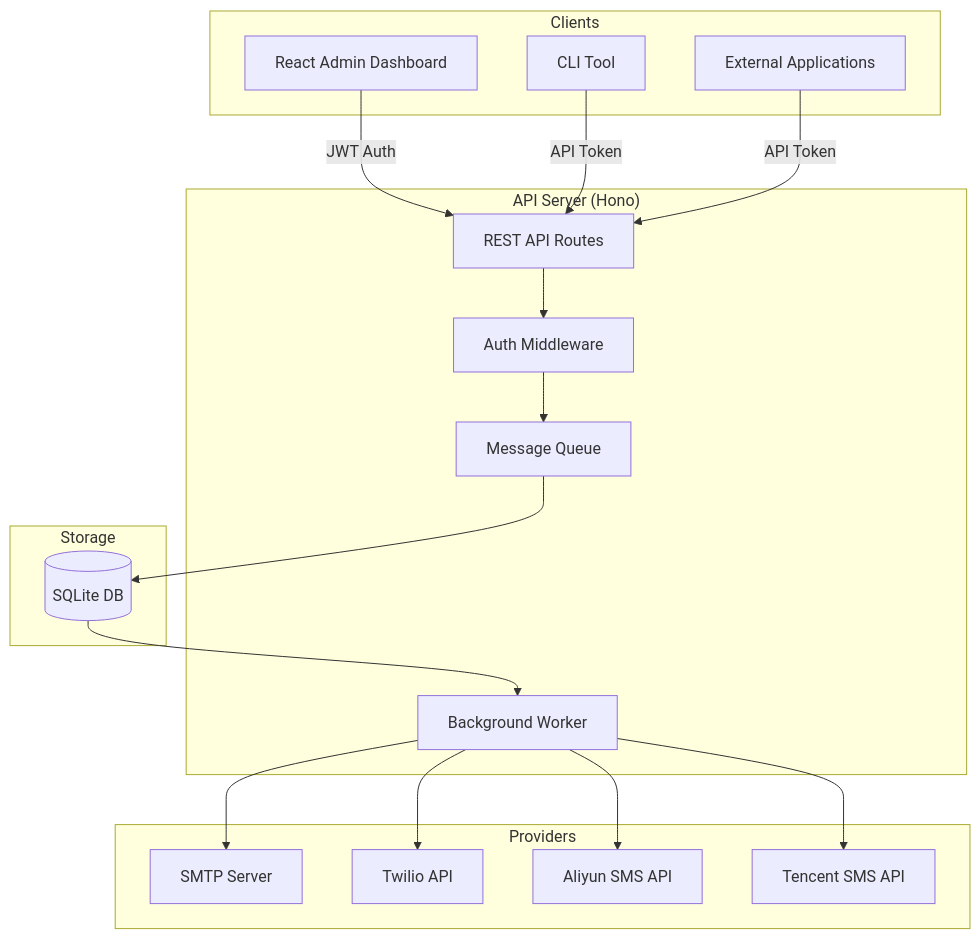
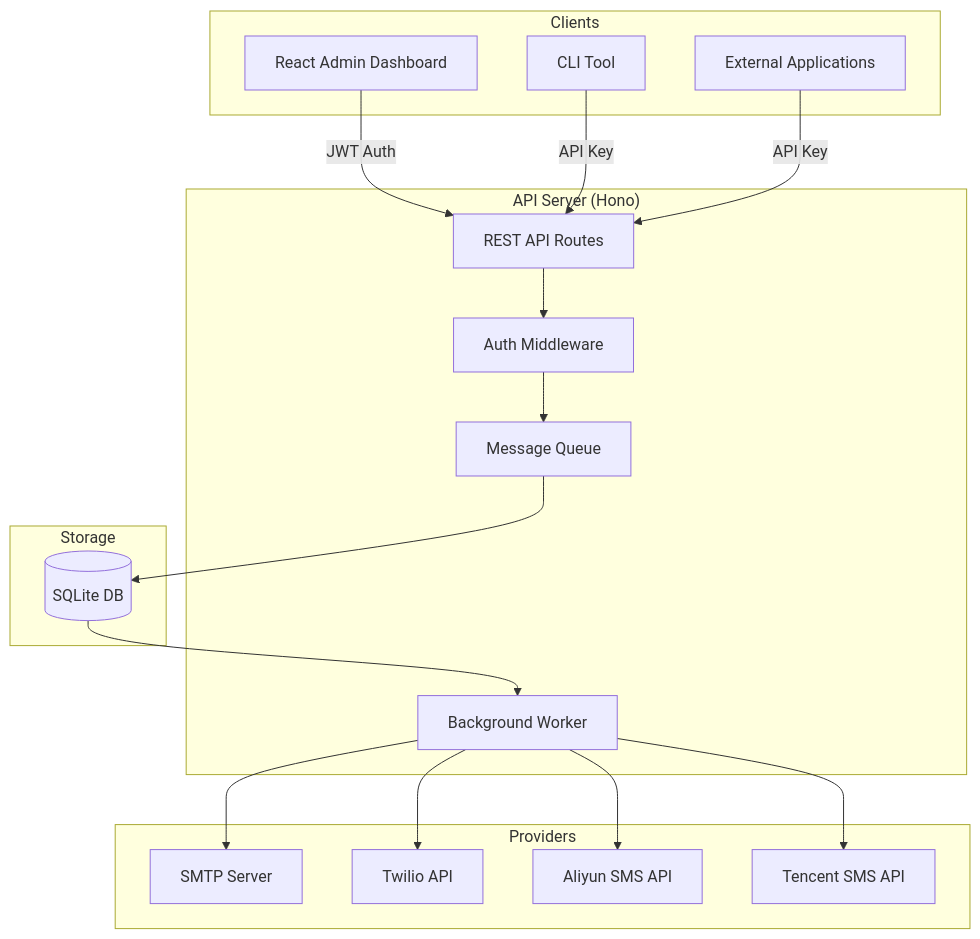
One commit to XUranus/notify-hub changed the first of 4 diagrams in docs/i18n/zh-Hans/docusaurus-plugin-content-docs/current/architecture.md. Above: the diagram before and after it, drawn with Mermaid. The commit also changed other lines of this file and 51 other files, not shown here.

````diff
--- a/docs/i18n/zh-Hans/docusaurus-plugin-content-docs/current/architecture.md
+++ b/docs/i18n/zh-Hans/docusaurus-plugin-content-docs/current/architecture.md
@@ -14,38 +14,38 @@
 ```mermaid
 flowchart TB
     subgraph Clients
         Web[React Admin Dashboard]
         CLI[CLI Tool]
         Ext[External Applications]
     end
 
     subgraph Server ["API Server (Hono)"]
         API[REST API Routes]
         Auth[Auth Middleware]
         Queue[Message Queue]
         Worker[Background Worker]
     end
 
     subgraph Storage
         SQLite[(SQLite DB)]
     end
 
     subgraph Providers
         SMTP[SMTP Server]
         Twilio[Twilio API]
         Aliyun[Aliyun SMS API]
         Tencent[Tencent SMS API]
     end
 
     Web -->|JWT Auth| API
-    CLI -->|API Token| API
-    Ext -->|API Token| API
+    CLI -->|API Key| API
+    Ext -->|API Key| API
     API --> Auth
     Auth --> Queue
     Queue --> SQLite
     SQLite --> Worker
     Worker --> SMTP
     Worker --> Twilio
     Worker --> Aliyun
     Worker --> Tencent
 ```
````
